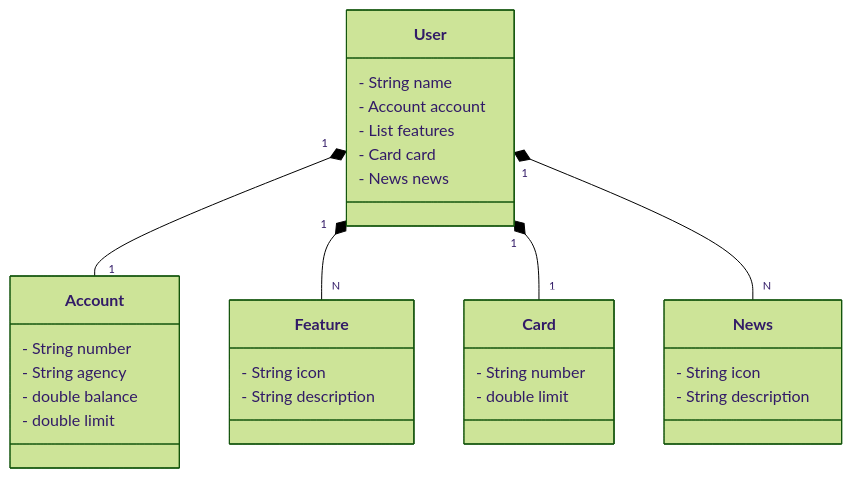
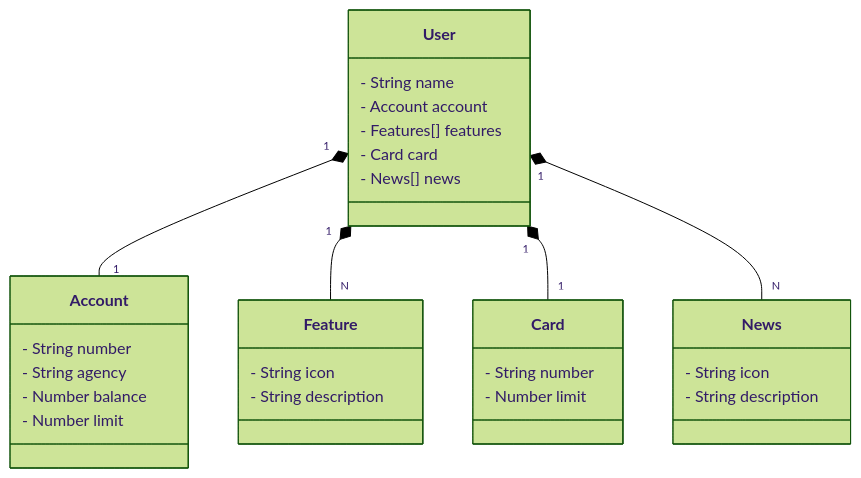
The diagram in README.md (Jean-Carlo-Torres/api_rest_na_nuvem_com_spring), drawn with Mermaid (forest theme) before and after one commit.

````diff
--- a/README.md
+++ b/README.md
@@ -6,38 +6,38 @@
 ```mermaid
 classDiagram
     class User {
         - String name
         - Account account
-        - List<Feature> features
+        - Features[] features
         - Card card
-        - News news
+        - News[] news
     }
 
     class Account {
         - String number
         - String agency
-        - double balance
-        - double limit
+        - Number balance
+        - Number limit
     }
 
     class Feature {
         - String icon
         - String description
     }
 
     class Card {
         - String number
-        - double limit
+        - Number limit
     }
 
     class News {
         - String icon
         - String description
     }
 
     User "1" *-- "1" Account 
     User "1" *-- "N" Feature 
     User "1" *-- "1" Card
     User "1" *-- "N" News
 
 ```
````
